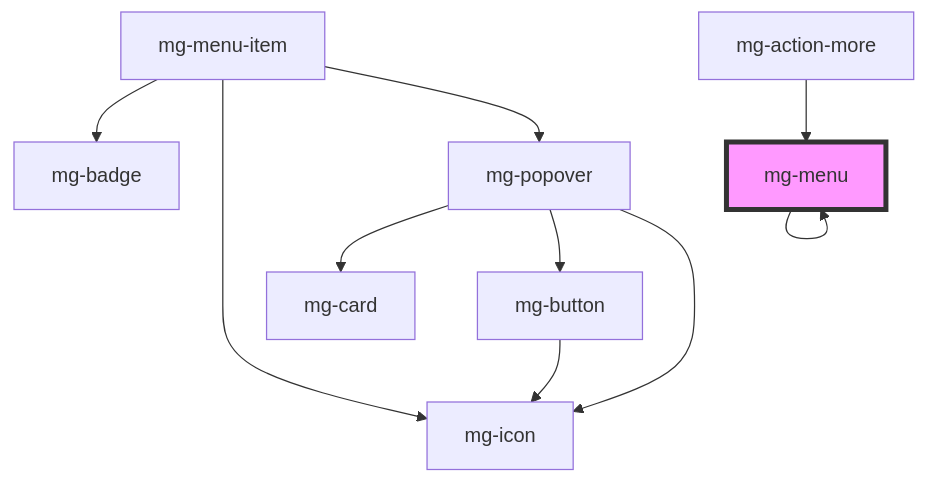
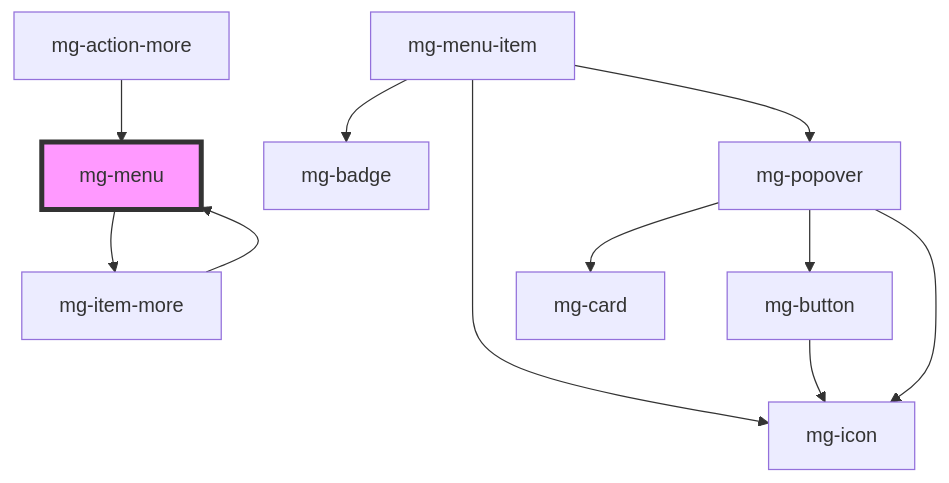
The diagram in src/components/molecules/menu/mg-menu/readme.md (MGDIS/mg-components), drawn with Mermaid before and after one commit. The commit also changed other lines of this file and 32 other files, not shown here.

First line of the commit message:
feat(mgMenuItemMore): use observer to update component on base items updates

````diff
--- a/src/components/molecules/menu/mg-menu/readme.md
+++ b/src/components/molecules/menu/mg-menu/readme.md
@@ -154,13 +152,14 @@
 ```mermaid
 graph TD;
-  mg-menu --> mg-menu
+  mg-menu --> mg-item-more
+  mg-item-more --> mg-menu
   mg-menu-item --> mg-badge
   mg-menu-item --> mg-icon
   mg-menu-item --> mg-popover
   mg-popover --> mg-card
   mg-popover --> mg-button
   mg-popover --> mg-icon
   mg-button --> mg-icon
   mg-action-more --> mg-menu
   style mg-menu fill:#f9f,stroke:#333,stroke-width:4px
 ```
````
